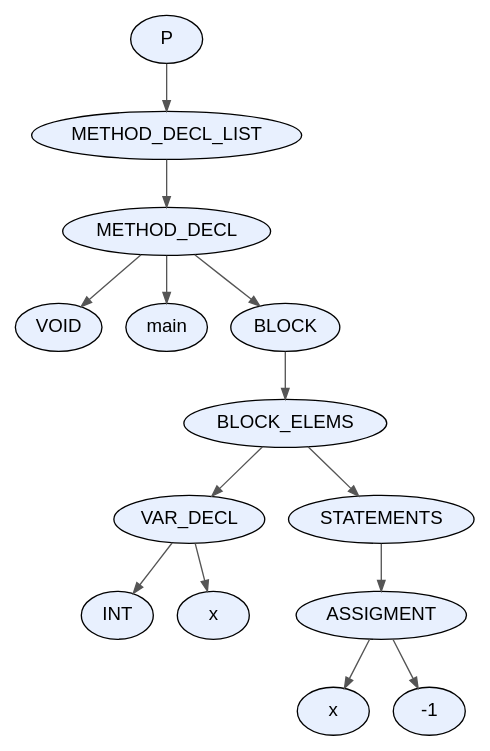
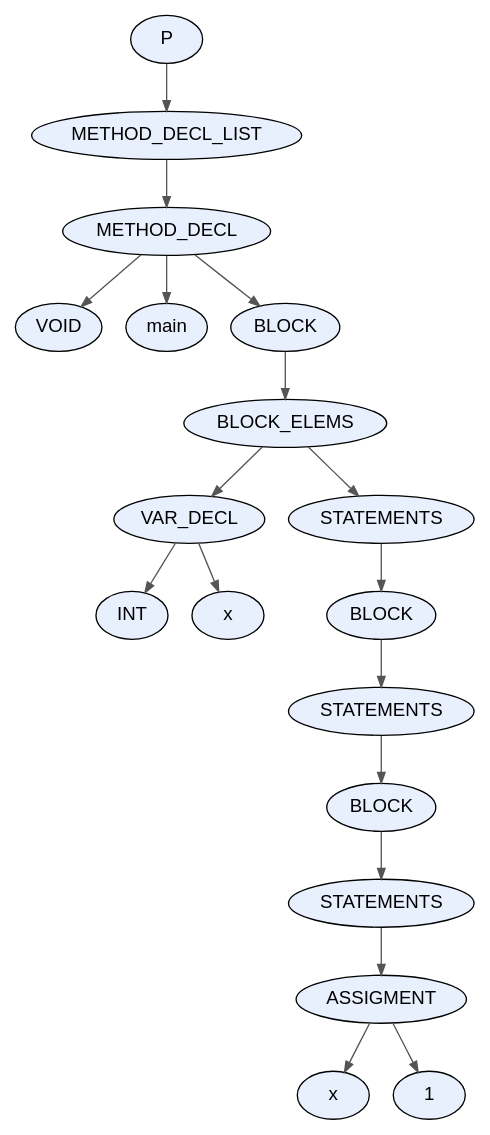
One commit to facundo-dario-loser/TDS2026 changed the diagram in proyecto/dot_files/test2.dot. Above: the diagram before and after it, drawn with Graphviz. The commit also changed 53 other files, not shown here.

```diff
--- a/proyecto/dot_files/test2.dot
+++ b/proyecto/dot_files/test2.dot
@@ -1,31 +1,39 @@
 digraph AST {
   node [fontname="Arial"];
   edge [arrowsize=0.8, color="#555555"];
-  "node_0x58bec5c0cbe0" [label="P", style=filled, fillcolor="#E8F0FE", shape=ellipse, style="rounded,filled"];
-  "node_0x58bec5c0cbe0" -> "node_0x58bec5c0cb90";
-  "node_0x58bec5c0cb90" [label="METHOD_DECL_LIST", style=filled, fillcolor="#E8F0FE", shape=ellipse, style="rounded,filled"];
-  "node_0x58bec5c0cb90" -> "node_0x58bec5c0cb40";
-  "node_0x58bec5c0cb40" [label="METHOD_DECL", style=filled, fillcolor="#E8F0FE", shape=ellipse, style="rounded,filled"];
-  "node_0x58bec5c0cb40" -> "node_0x58bec5c0ca80";
-  "node_0x58bec5c0ca80" [label="VOID", style=filled, fillcolor="#E8F0FE", shape=ellipse, style="rounded,filled"];
-  "node_0x58bec5c0cb40" -> "node_0x58bec5c0cad0";
-  "node_0x58bec5c0cad0" [label="main", style=filled, fillcolor="#E8F0FE", shape=ellipse, style="rounded,filled"];
-  "node_0x58bec5c0cb40" -> "node_0x58bec5c0ca30";
-  "node_0x58bec5c0ca30" [label="BLOCK", style=filled, fillcolor="#E8F0FE", shape=ellipse, style="rounded,filled"];
-  "node_0x58bec5c0ca30" -> "node_0x58bec5c0c9e0";
-  "node_0x58bec5c0c9e0" [label="BLOCK_ELEMS", style=filled, fillcolor="#E8F0FE", shape=ellipse, style="rounded,filled"];
-  "node_0x58bec5c0c9e0" -> "node_0x58bec5c0c630";
-  "node_0x58bec5c0c630" [label="VAR_DECL", style=filled, fillcolor="#E8F0FE", shape=ellipse, style="rounded,filled"];
-  "node_0x58bec5c0c630" -> "node_0x58bec5c0c550";
-  "node_0x58bec5c0c550" [label="INT", style=filled, fillcolor="#E8F0FE", shape=ellipse, style="rounded,filled"];
-  "node_0x58bec5c0c630" -> "node_0x58bec5c0c5c0";
-  "node_0x58bec5c0c5c0" [label="x", style=filled, fillcolor="#E8F0FE", shape=ellipse, style="rounded,filled"];
-  "node_0x58bec5c0c9e0" -> "node_0x58bec5c0c990";
-  "node_0x58bec5c0c990" [label="STATEMENTS", style=filled, fillcolor="#E8F0FE", shape=ellipse, style="rounded,filled"];
-  "node_0x58bec5c0c990" -> "node_0x58bec5c0c940";
-  "node_0x58bec5c0c940" [label="ASSIGMENT", style=filled, fillcolor="#E8F0FE", shape=ellipse, style="rounded,filled"];
-  "node_0x58bec5c0c940" -> "node_0x58bec5c0c8d0";
-  "node_0x58bec5c0c8d0" [label="x", style=filled, fillcolor="#E8F0FE", shape=ellipse, style="rounded,filled"];
-  "node_0x58bec5c0c940" -> "node_0x58bec5c0c740";
-  "node_0x58bec5c0c740" [label="-1", style=filled, fillcolor="#E8F0FE", shape=ellipse, style="rounded,filled"];
+  "node_0x61f37d8b9020" [label="P", style=filled, fillcolor="#E8F0FE", shape=ellipse, style="rounded,filled"];
+  "node_0x61f37d8b9020" -> "node_0x61f37d8b8fd0";
+  "node_0x61f37d8b8fd0" [label="METHOD_DECL_LIST", style=filled, fillcolor="#E8F0FE", shape=ellipse, style="rounded,filled"];
+  "node_0x61f37d8b8fd0" -> "node_0x61f37d8b8f80";
+  "node_0x61f37d8b8f80" [label="METHOD_DECL", style=filled, fillcolor="#E8F0FE", shape=ellipse, style="rounded,filled"];
+  "node_0x61f37d8b8f80" -> "node_0x61f37d8b8ec0";
+  "node_0x61f37d8b8ec0" [label="VOID", style=filled, fillcolor="#E8F0FE", shape=ellipse, style="rounded,filled"];
+  "node_0x61f37d8b8f80" -> "node_0x61f37d8b8f10";
+  "node_0x61f37d8b8f10" [label="main", style=filled, fillcolor="#E8F0FE", shape=ellipse, style="rounded,filled"];
+  "node_0x61f37d8b8f80" -> "node_0x61f37d8b8e70";
+  "node_0x61f37d8b8e70" [label="BLOCK", style=filled, fillcolor="#E8F0FE", shape=ellipse, style="rounded,filled"];
+  "node_0x61f37d8b8e70" -> "node_0x61f37d8b8e20";
+  "node_0x61f37d8b8e20" [label="BLOCK_ELEMS", style=filled, fillcolor="#E8F0FE", shape=ellipse, style="rounded,filled"];
+  "node_0x61f37d8b8e20" -> "node_0x61f37d8b8630";
+  "node_0x61f37d8b8630" [label="VAR_DECL", style=filled, fillcolor="#E8F0FE", shape=ellipse, style="rounded,filled"];
+  "node_0x61f37d8b8630" -> "node_0x61f37d8b8550";
+  "node_0x61f37d8b8550" [label="INT", style=filled, fillcolor="#E8F0FE", shape=ellipse, style="rounded,filled"];
+  "node_0x61f37d8b8630" -> "node_0x61f37d8b85c0";
+  "node_0x61f37d8b85c0" [label="x", style=filled, fillcolor="#E8F0FE", shape=ellipse, style="rounded,filled"];
+  "node_0x61f37d8b8e20" -> "node_0x61f37d8b8dd0";
+  "node_0x61f37d8b8dd0" [label="STATEMENTS", style=filled, fillcolor="#E8F0FE", shape=ellipse, style="rounded,filled"];
+  "node_0x61f37d8b8dd0" -> "node_0x61f37d8b8b60";
+  "node_0x61f37d8b8b60" [label="BLOCK", style=filled, fillcolor="#E8F0FE", shape=ellipse, style="rounded,filled"];
+  "node_0x61f37d8b8b60" -> "node_0x61f37d8b8b10";
+  "node_0x61f37d8b8b10" [label="STATEMENTS", style=filled, fillcolor="#E8F0FE", shape=ellipse, style="rounded,filled"];
+  "node_0x61f37d8b8b10" -> "node_0x61f37d8b88a0";
+  "node_0x61f37d8b88a0" [label="BLOCK", style=filled, fillcolor="#E8F0FE", shape=ellipse, style="rounded,filled"];
+  "node_0x61f37d8b88a0" -> "node_0x61f37d8b8850";
+  "node_0x61f37d8b8850" [label="STATEMENTS", style=filled, fillcolor="#E8F0FE", shape=ellipse, style="rounded,filled"];
+  "node_0x61f37d8b8850" -> "node_0x61f37d8b8800";
+  "node_0x61f37d8b8800" [label="ASSIGMENT", style=filled, fillcolor="#E8F0FE", shape=ellipse, style="rounded,filled"];
+  "node_0x61f37d8b8800" -> "node_0x61f37d8b8790";
+  "node_0x61f37d8b8790" [label="x", style=filled, fillcolor="#E8F0FE", shape=ellipse, style="rounded,filled"];
+  "node_0x61f37d8b8800" -> "node_0x61f37d8b8740";
+  "node_0x61f37d8b8740" [label="1", style=filled, fillcolor="#E8F0FE", shape=ellipse, style="rounded,filled"];
 }
```
